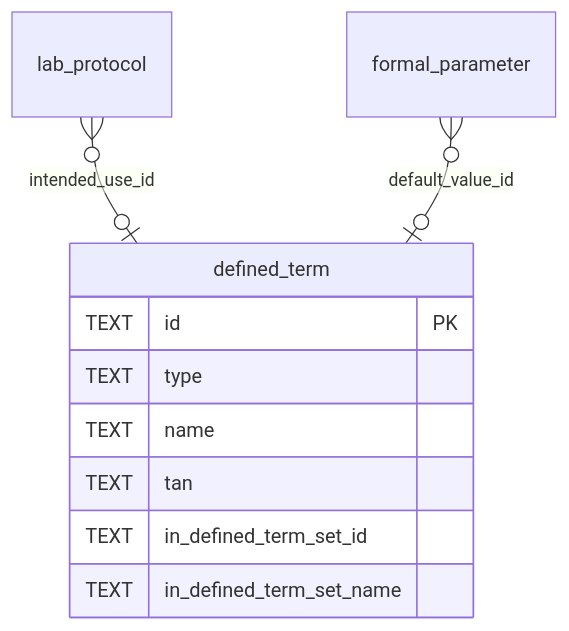
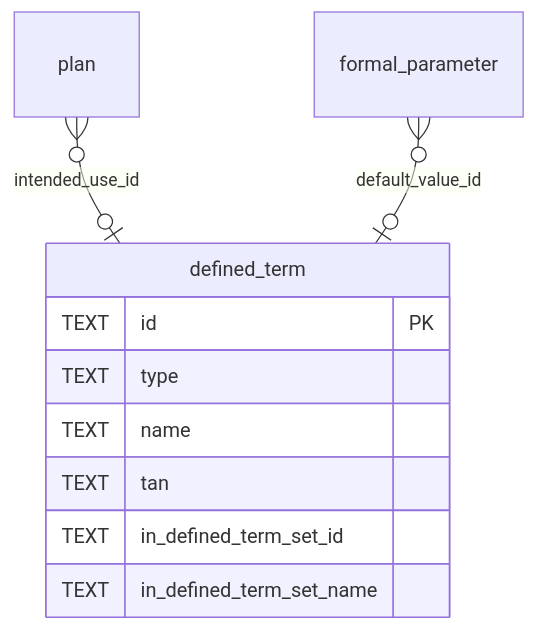
One commit to HLWeil/ProcessCore changed the second of 18 diagrams in schemas/sql/design.md. Above: the diagram before and after it, drawn with Mermaid. The commit also changed other lines of this file and 134 other files, not shown here.

````diff
--- a/schemas/sql/design.md
+++ b/schemas/sql/design.md
@@ -75,13 +75,13 @@
 ```mermaid
 erDiagram
     defined_term {
         TEXT id PK
         TEXT type
         TEXT name
         TEXT tan
         TEXT in_defined_term_set_id
         TEXT in_defined_term_set_name
     }
-    lab_protocol }o--o| defined_term : "intended_use_id"
+    plan }o--o| defined_term : "intended_use_id"
     formal_parameter }o--o| defined_term : "default_value_id"
 ```
````
